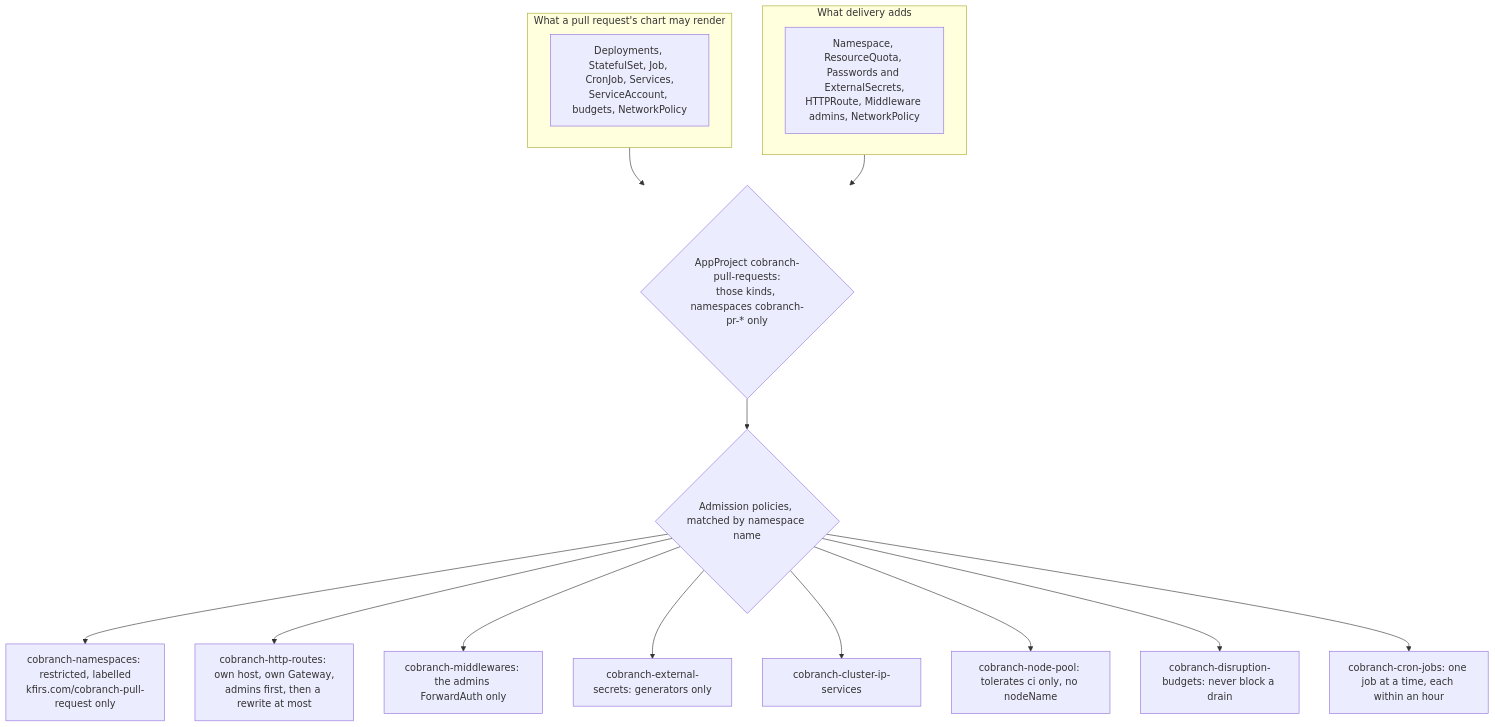
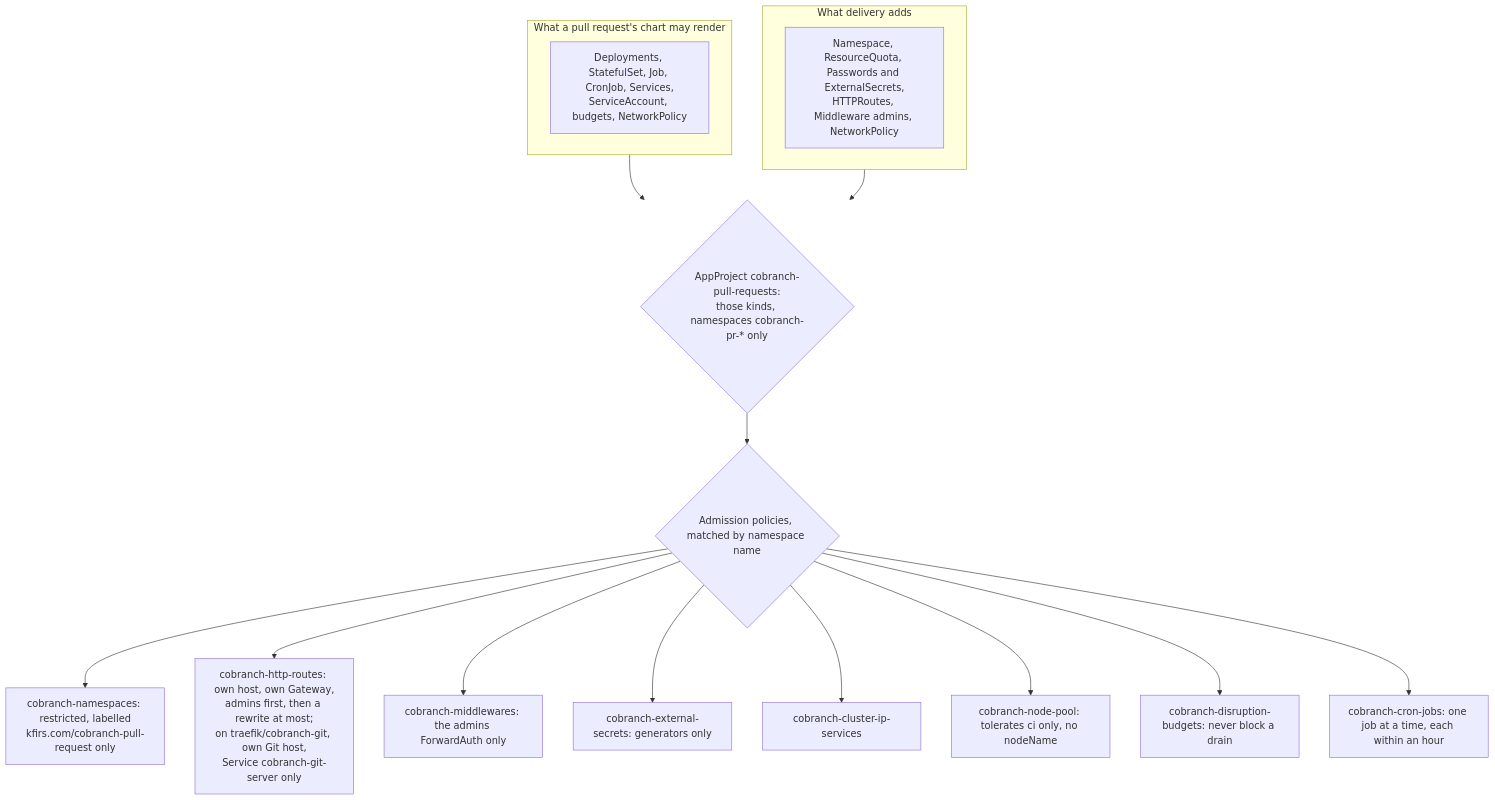
One commit to arikkfir-org/delivery changed the fourth of 4 diagrams in docs/delivery/designs/cobranch-previews.md. Above: the diagram before and after it, drawn with Mermaid. The commit also changed other lines of this file and 16 other files, not shown here.

First line of the commit message:
feat(cobranch): serve the demo's and the previews' Git servers publicly

````diff
--- a/docs/delivery/designs/cobranch-previews.md
+++ b/docs/delivery/designs/cobranch-previews.md
@@ -74,20 +77,20 @@
 ```mermaid
 flowchart TB
   subgraph code["What a pull request's chart may render"]
     K1["Deployments, StatefulSet, Job, CronJob, Services,<br/>ServiceAccount, budgets, NetworkPolicy"]
   end
   subgraph hub["What delivery adds"]
-    K2["Namespace, ResourceQuota, Passwords and ExternalSecrets,<br/>HTTPRoute, Middleware admins, NetworkPolicy"]
+    K2["Namespace, ResourceQuota, Passwords and ExternalSecrets,<br/>HTTPRoutes, Middleware admins, NetworkPolicy"]
   end
   code --> Proj{"AppProject cobranch-pull-requests:<br/>those kinds, namespaces cobranch-pr-* only"}
   hub --> Proj
   Proj --> Pol{"Admission policies, matched by namespace name"}
   Pol --> P1["cobranch-namespaces: restricted, labelled<br/>kfirs.com/cobranch-pull-request only"]
-  Pol --> P2["cobranch-http-routes: own host, own Gateway,<br/>admins first, then a rewrite at most"]
+  Pol --> P2["cobranch-http-routes: own host, own Gateway,<br/>admins first, then a rewrite at most;<br/>on traefik/cobranch-git, own Git host,<br/>Service cobranch-git-server only"]
   Pol --> P3["cobranch-middlewares: the admins ForwardAuth only"]
   Pol --> P4["cobranch-external-secrets: generators only"]
   Pol --> P5["cobranch-cluster-ip-services"]
   Pol --> P6["cobranch-node-pool: tolerates ci only, no nodeName"]
   Pol --> P7["cobranch-disruption-budgets: never block a drain"]
   Pol --> P8["cobranch-cron-jobs: one job at a time, each within an hour"]
 ```
````
